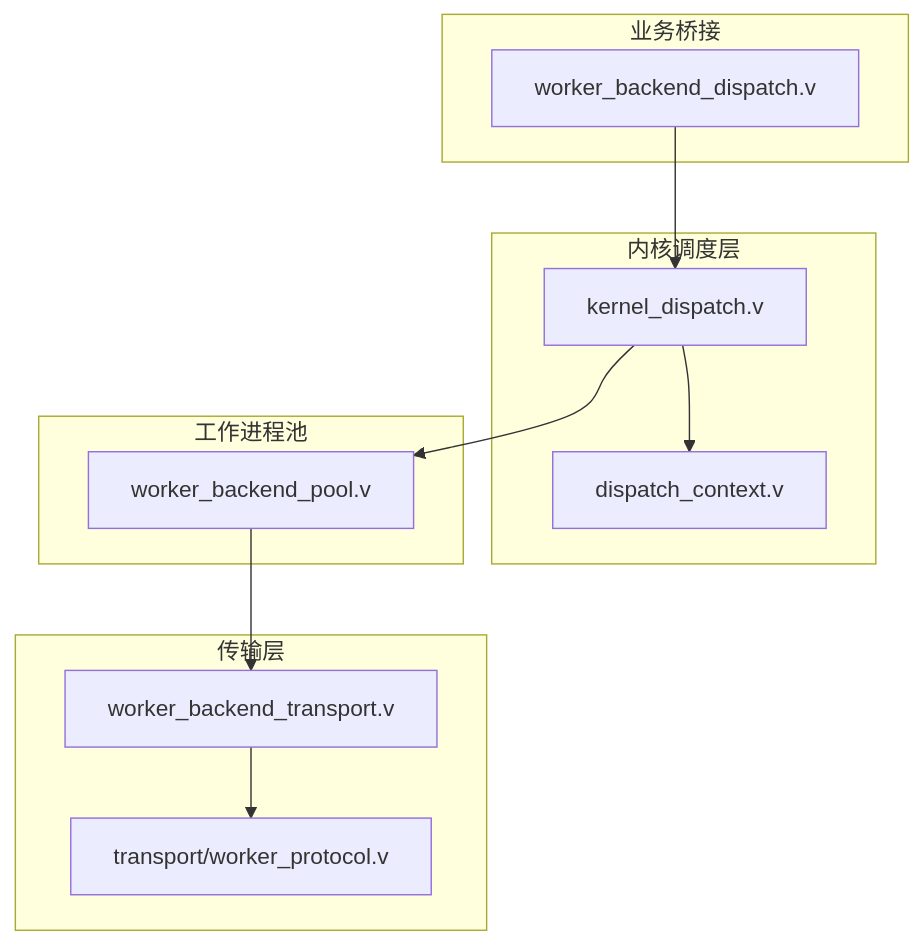
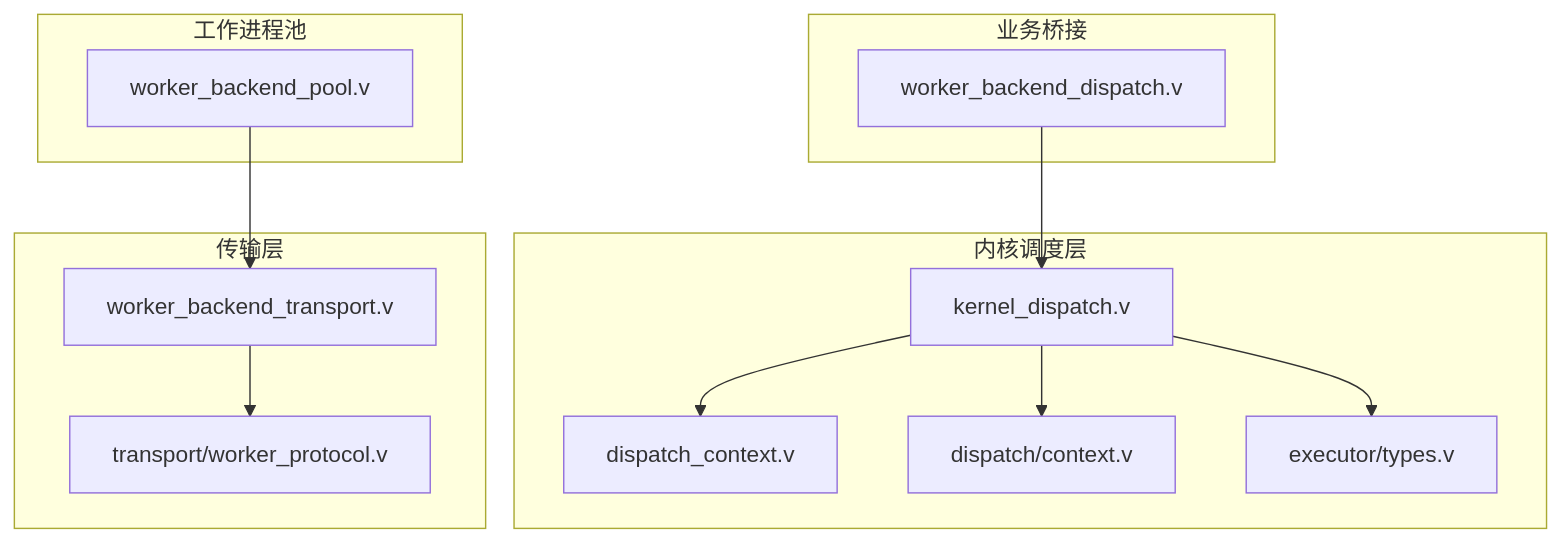
Before and after one commit to guweigang/vhttpd: the first of 8 diagrams in .qoder/repowiki/zh/content/服务器核心/内核调度与请求分发系统.md, drawn with Mermaid. The commit also changed other lines of this file and 54 other files, not shown here.

````diff
--- a/.qoder/repowiki/zh/content/服务器核心/内核调度与请求分发系统.md
+++ b/.qoder/repowiki/zh/content/服务器核心/内核调度与请求分发系统.md
@@ -36,22 +45,25 @@
 ```mermaid
 graph TB
 subgraph "内核调度层"
 KD["kernel_dispatch.v"]
 DC["dispatch_context.v"]
+DCC["dispatch/context.v"]
+END["executor/types.v"]
 end
 subgraph "工作进程池"
 WBP["worker_backend_pool.v"]
 end
 subgraph "传输层"
 WBT["worker_backend_transport.v"]
 WP["transport/worker_protocol.v"]
 end
 subgraph "业务桥接"
 WBD["worker_backend_dispatch.v"]
 end
 KD --> DC
-KD --> WBP
+KD --> DCC
+KD --> END
 WBP --> WBT
 WBT --> WP
 WBD --> KD
 ```
````
